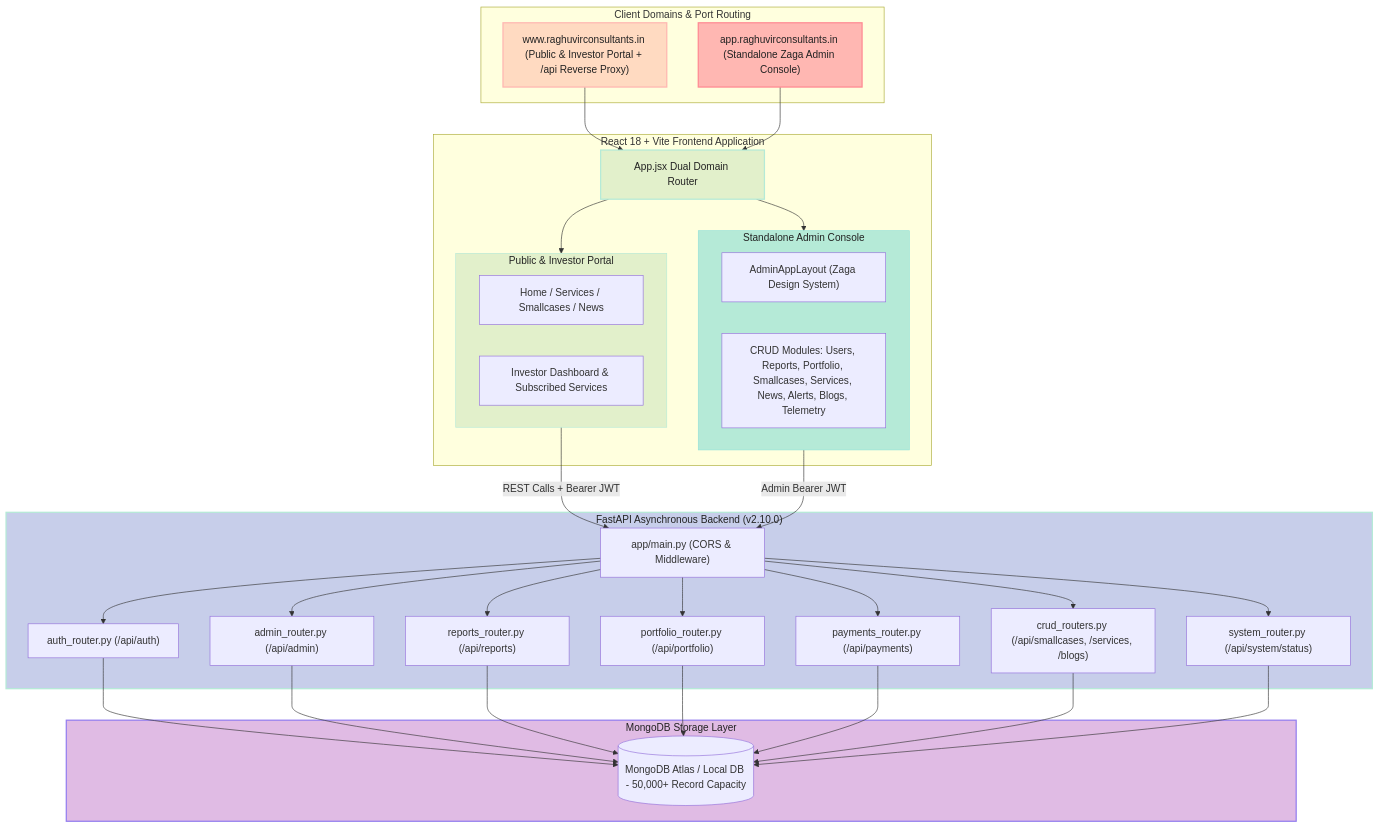
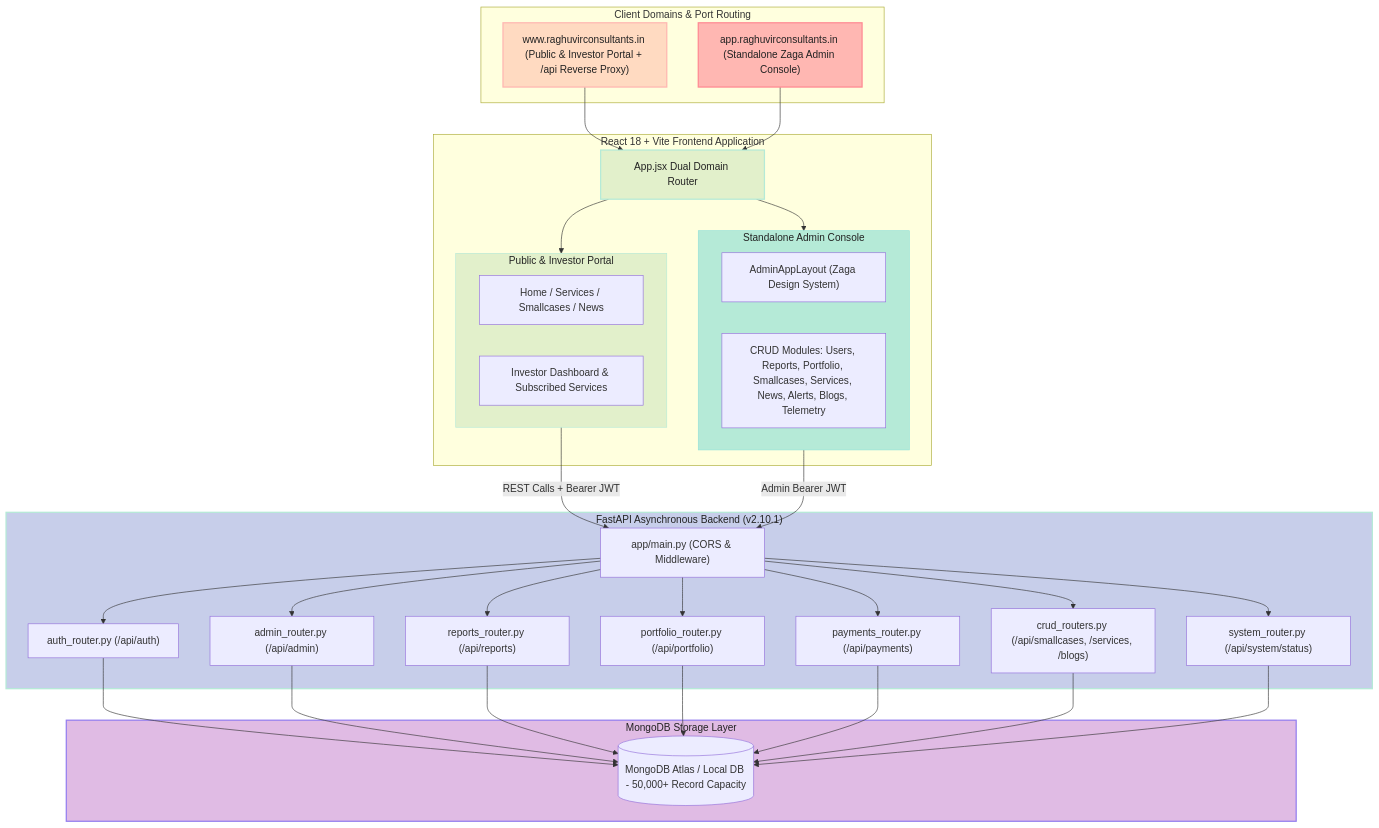
One commit to tejasrsuthar/raghuvirconsultants-site changed the first of 2 diagrams in backend/docs/ARCHITECTURE.md. Above: the diagram before and after it, drawn with Mermaid. The commit also changed other lines of this file and 6 other files, not shown here.

````diff
--- a/backend/docs/ARCHITECTURE.md
+++ b/backend/docs/ARCHITECTURE.md
@@ -14,70 +14,70 @@
 ```mermaid
 graph TD
     subgraph ClientDomains["Client Domains & Port Routing"]
         PublicDomain["www.raghuvirconsultants.in (Public & Investor Portal + /api Reverse Proxy)"]
         AdminDomain["app.raghuvirconsultants.in (Standalone Zaga Admin Console)"]
     end
 
     subgraph ReactFrontend["React 18 + Vite Frontend Application"]
         AppRouter["App.jsx Dual Domain Router"]
         
         subgraph PublicPortal["Public & Investor Portal"]
           PublicViews["Home / Services / Smallcases / News"]
           InvestorPortal["Investor Dashboard & Subscribed Services"]
         end
 
         subgraph ZagaAdmin["Standalone Admin Console"]
           AdminLayout["AdminAppLayout (Zaga Design System)"]
           AdminModules["CRUD Modules: Users, Reports, Portfolio, Smallcases, Services, News, Alerts, Blogs, Telemetry"]
         end
       end
 
-    subgraph FastAPIServer["FastAPI Asynchronous Backend (v2.10.0)"]
+    subgraph FastAPIServer["FastAPI Asynchronous Backend (v2.10.1)"]
         API["app/main.py (CORS & Middleware)"]
         AuthRouter["auth_router.py (/api/auth)"]
         AdminRouter["admin_router.py (/api/admin)"]
         ReportsRouter["reports_router.py (/api/reports)"]
         PortfolioRouter["portfolio_router.py (/api/portfolio)"]
         PaymentsRouter["payments_router.py (/api/payments)"]
         CRUDRouters["crud_routers.py (/api/smallcases, /services, /blogs)"]
         SystemRouter["system_router.py (/api/system/status)"]
     end
 
     subgraph DataStore["MongoDB Storage Layer"]
         MongoDB[(MongoDB Atlas / Local DB - 50,000+ Record Capacity)]
     end
 
     PublicDomain --> AppRouter
     AdminDomain --> AppRouter
 
     AppRouter --> PublicPortal
     AppRouter --> ZagaAdmin
 
     PublicPortal -->|REST Calls + Bearer JWT| API
     ZagaAdmin -->|Admin Bearer JWT| API
 
     API --> AuthRouter
     API --> AdminRouter
     API --> ReportsRouter
     API --> PortfolioRouter
     API --> PaymentsRouter
     API --> CRUDRouters
     API --> SystemRouter
 
     AuthRouter --> MongoDB
     AdminRouter --> MongoDB
     ReportsRouter --> MongoDB
     PortfolioRouter --> MongoDB
     PaymentsRouter --> MongoDB
     CRUDRouters --> MongoDB
     SystemRouter --> MongoDB
 
     %% Pastel Color Palette Styling
     style PublicDomain fill:#FFDAC1,stroke:#FFB7B2,stroke-width:2px,color:#222;
     style AdminDomain fill:#FFB7B2,stroke:#FF8B94,stroke-width:2px,color:#222;
     style AppRouter fill:#E2F0CB,stroke:#B5EAD7,stroke-width:2px,color:#222;
     style PublicPortal fill:#E2F0CB,stroke:#B5EAD7,stroke-width:1px,color:#222;
     style ZagaAdmin fill:#B5EAD7,stroke:#93E1D8,stroke-width:1px,color:#222;
     style FastAPIServer fill:#C7CEEA,stroke:#B5EAD7,stroke-width:2px,color:#222;
     style DataStore fill:#E0BBE4,stroke:#957FEF,stroke-width:2px,color:#222;
 ```
````
